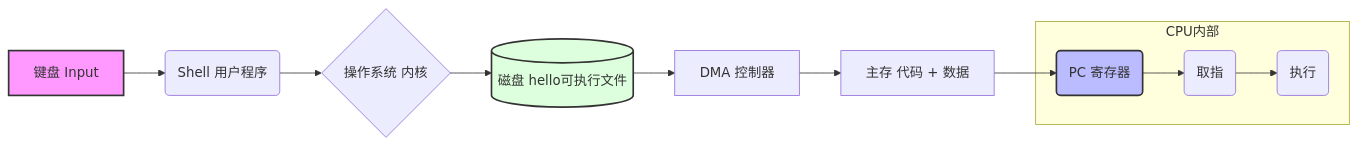
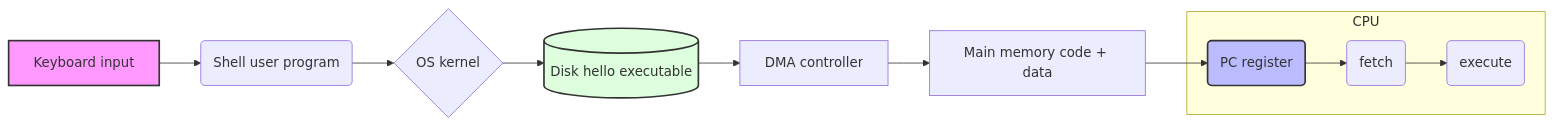
Before and after one commit to Zytea/CSC3060-Spring-26: the diagram in notes quiz 1/1_review.md, drawn with Mermaid. The commit also changed other lines of this file and 11 other files, not shown here.

````diff
--- a/notes quiz 1/1_review.md
+++ b/notes quiz 1/1_review.md
@@ -125,19 +127,19 @@
 ```mermaid
 graph LR
-    A[键盘 Input] --> B(Shell 用户程序)
-    B --> C{操作系统 内核}
-    C --> D[(磁盘 hello可执行文件)]
-    D --> E[DMA 控制器]
-    E --> F[主存 代码 + 数据]
-    F --> G(PC 寄存器)
+    A[Keyboard input] --> B(Shell user program)
+    B --> C{OS kernel}
+    C --> D[(Disk hello executable)]
+    D --> E[DMA controller]
+    E --> F[Main memory code + data]
+    F --> G(PC register)
     
     
-    subgraph CPU内部
-    G --> H(取指)
-    H --> I(执行)
+    subgraph CPU
+    G --> H(fetch)
+    H --> I(execute)
     end
 
     style A fill:#f9f,stroke:#333,stroke-width:2px
     style G fill:#bbf,stroke:#333,stroke-width:2px
     style D fill:#dfd,stroke:#333,stroke-width:2px
 ```
````
